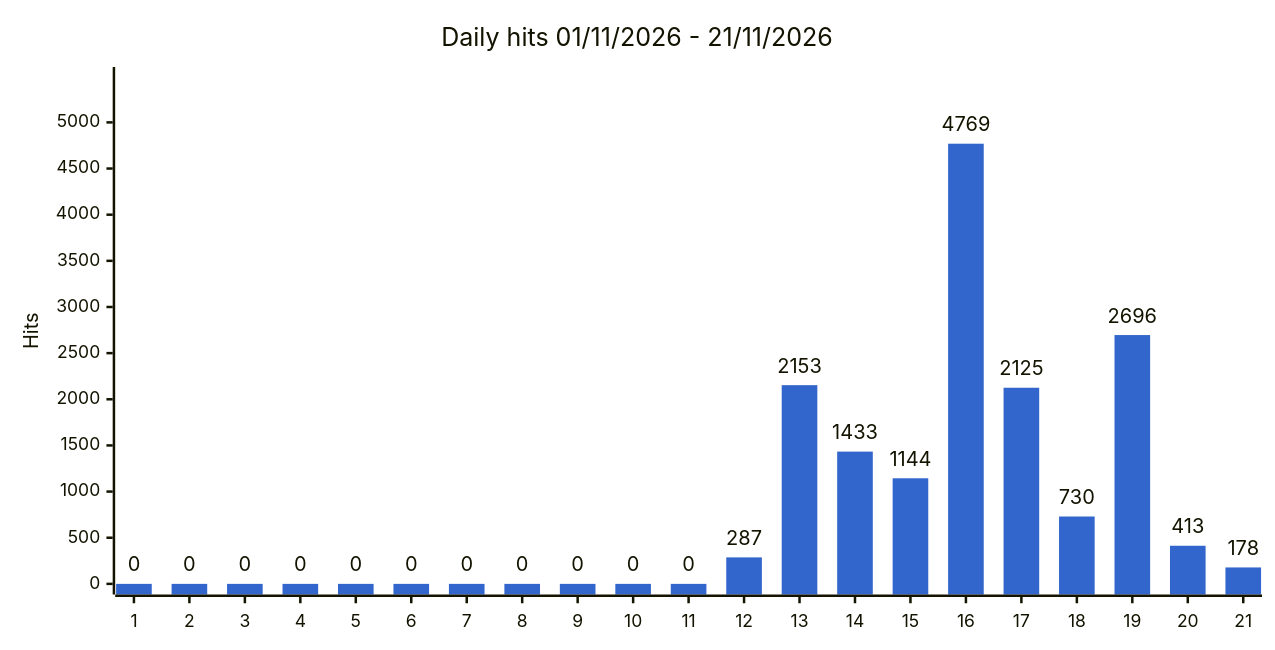
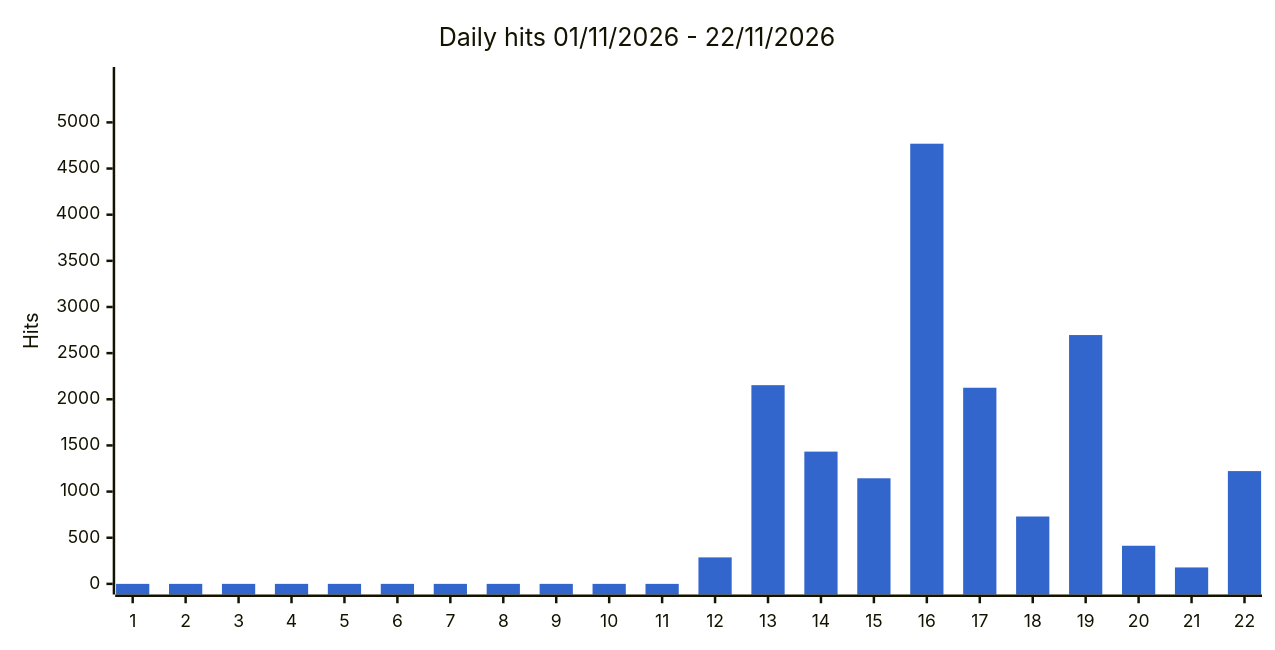
One commit to gmoulard/wikipedia2book changed the third of 4 diagrams in docs/stats.md. Above: the diagram before and after it, drawn with Mermaid. The commit also changed other lines of this file and 3 other files, not shown here.

````diff
--- a/docs/stats.md
+++ b/docs/stats.md
@@ -43,8 +43,8 @@
 ```mermaid
 %%{init: {"xyChart": {"width": 1000, "showDataLabel": true, "showDataLabelOutsideBar": true}, "themeVariables": {"xyChart": {"plotColorPalette": "#3366cc"}}}}%%
 xychart-beta
-    title "Daily hits 01/11/2026 - 21/11/2026"
-    x-axis ["1", "2", "3", "4", "5", "6", "7", "8", "9", "10", "11", "12", "13", "14", "15", "16", "17", "18", "19", "20", "21"]
+    title "Daily hits 01/11/2026 - 22/11/2026"
+    x-axis ["1", "2", "3", "4", "5", "6", "7", "8", "9", "10", "11", "12", "13", "14", "15", "16", "17", "18", "19", "20", "21", "22"]
     y-axis "Hits" 0 --> 5485
-    bar [0, 0, 0, 0, 0, 0, 0, 0, 0, 0, 0, 287, 2153, 1433, 1144, 4769, 2125, 730, 2696, 413, 178]
+    bar [0, 0, 0, 0, 0, 0, 0, 0, 0, 0, 0, 287, 2153, 1433, 1144, 4769, 2125, 730, 2696, 413, 178, 1222]
 ```
````
